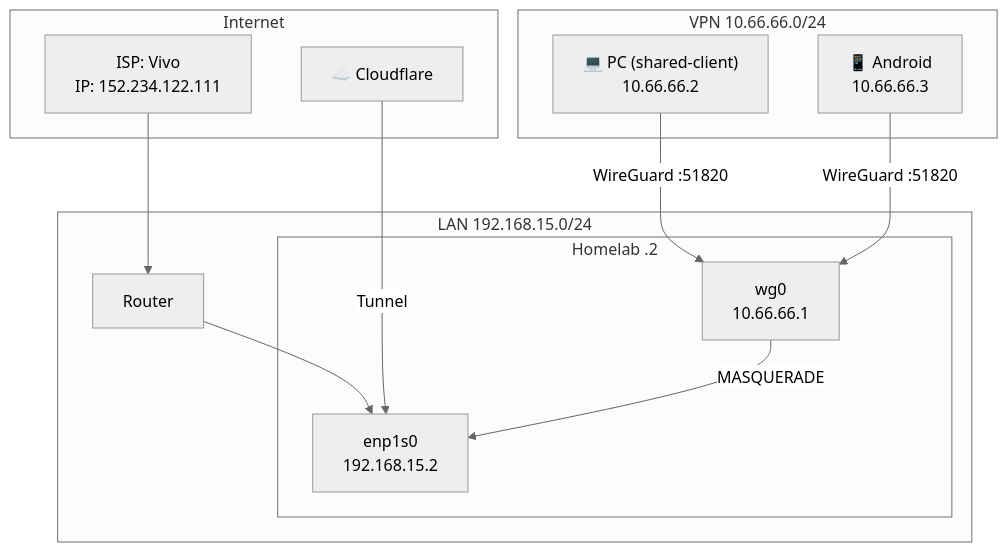
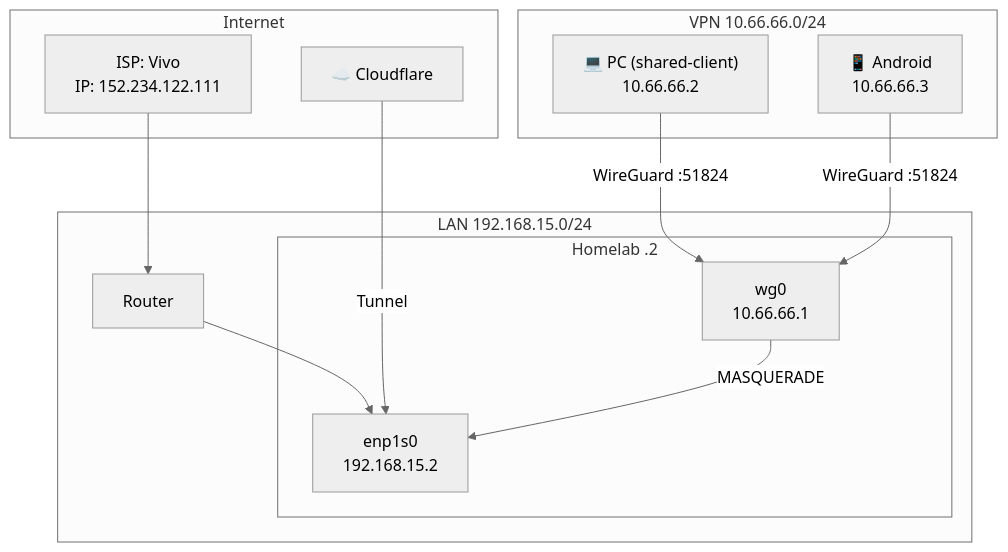
The fifth of 13 diagrams in docs/HOMELAB_INFRASTRUCTURE_DIAGRAMS.md (eddiejdi/eddie-auto-dev), drawn with Mermaid (neutral theme) before and after one commit. The commit also changed other lines of this file and 5 other files, not shown here.

First line of the commit message:
docs: atualizar wiki com porta WireGuard 51824 e fallback SSH/runner

````diff
--- a/docs/HOMELAB_INFRASTRUCTURE_DIAGRAMS.md
+++ b/docs/HOMELAB_INFRASTRUCTURE_DIAGRAMS.md
@@ -204,27 +204,27 @@
 ```mermaid
 graph TB
     subgraph "Internet"
         CLOUD["☁️ Cloudflare"]
         VIVO["ISP: Vivo<br/>IP: 152.234.122.111"]
     end
 
     subgraph "LAN 192.168.15.0/24"
         ROUTER["Router"]
         subgraph "Homelab .2"
             ETH0["enp1s0<br/>192.168.15.2"]
             WG0["wg0<br/>10.66.66.1"]
         end
     end
 
     subgraph "VPN 10.66.66.0/24"
         PC["💻 PC (shared-client)<br/>10.66.66.2"]
         PHONE["📱 Android<br/>10.66.66.3"]
     end
 
     VIVO --> ROUTER
     ROUTER --> ETH0
     CLOUD -->|Tunnel| ETH0
-    PC -->|WireGuard :51820| WG0
-    PHONE -->|WireGuard :51820| WG0
+    PC -->|WireGuard :51824| WG0
+    PHONE -->|WireGuard :51824| WG0
     WG0 -->|MASQUERADE| ETH0
 ```
````
